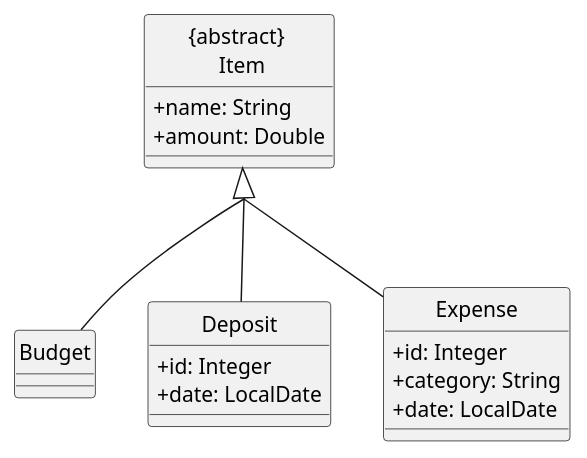
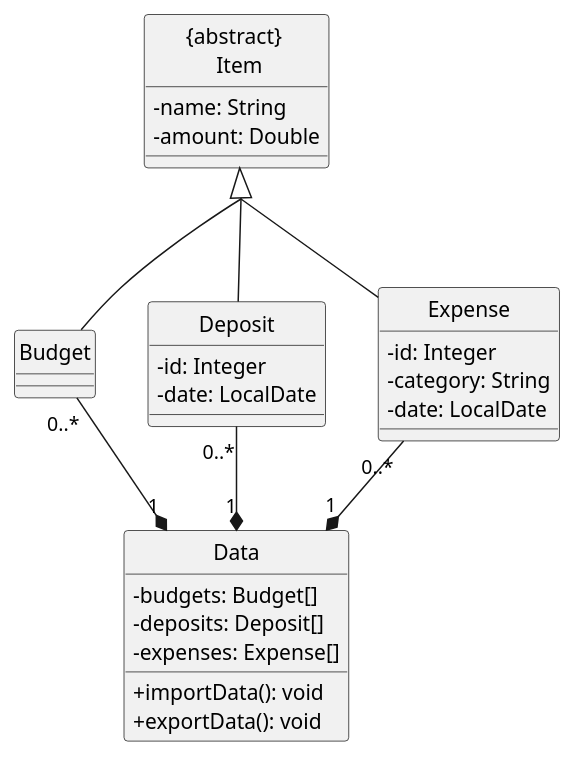
Before and after one commit to stephenkyang/tp: the diagram in docs/diagrams/Item.puml, drawn with PlantUML. The commit also changed 14 other files, not shown here.

Commit message:
Update DG Diagrams

```diff
--- a/docs/diagrams/Item.puml
+++ b/docs/diagrams/Item.puml
@@ -1,29 +1,41 @@
 @startuml
 hide footbox
 hide circle
 skinparam groupInheritance 2
 skinparam classAttributeIconSize 0
 
 class "{abstract} \n Item" {
-    +name: String
-    +amount: Double
+    -name: String
+    -amount: Double
 }
 
 class Budget {
 }
 
 class Deposit {
-    +id: Integer
-    +date: LocalDate
+    -id: Integer
+    -date: LocalDate
 }
 
 class Expense {
-    +id: Integer
-    +category: String
-    +date: LocalDate
+    -id: Integer
+    -category: String
+    -date: LocalDate
+}
+
+class Data {
+    -budgets: Budget[]
+    -deposits: Deposit[]
+    -expenses: Expense[]
+    +importData(): void
+    +exportData(): void
 }
 
 "{abstract} \n Item" <|-down- Budget
 "{abstract} \n Item" <|-down- Deposit
 "{abstract} \n Item" <|-down- Expense
+
+Budget "0..*" --* "1" Data
+Deposit "0..*" --* "1" Data
+Expense "0..*" --* "1" Data
 @enduml
```
